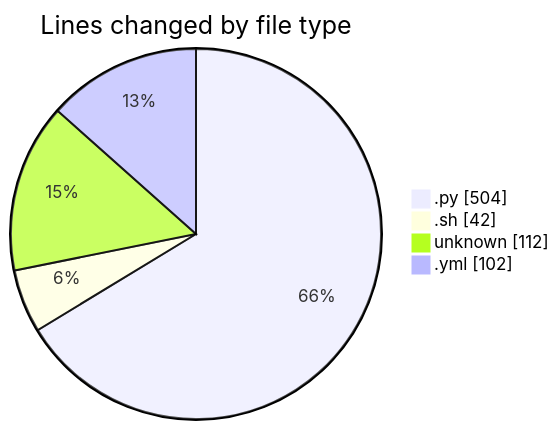
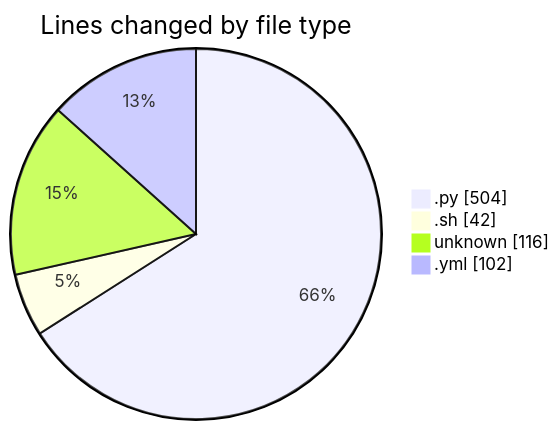
Before and after one commit to Elitesun/code-tracking: the first of 2 diagrams in 2025-05-14/niten/README.md, drawn with Mermaid. The commit also changed other lines of this file and 1 other file, not shown here.

````diff
--- a/2025-05-14/niten/README.md
+++ b/2025-05-14/niten/README.md
@@ -29,8 +29,8 @@
 ```mermaid
 pie showData
 title Lines changed by file type
 ".py" : 504
 ".sh" : 42
-"unknown" : 112
+"unknown" : 116
 ".yml" : 102
 ```
````
